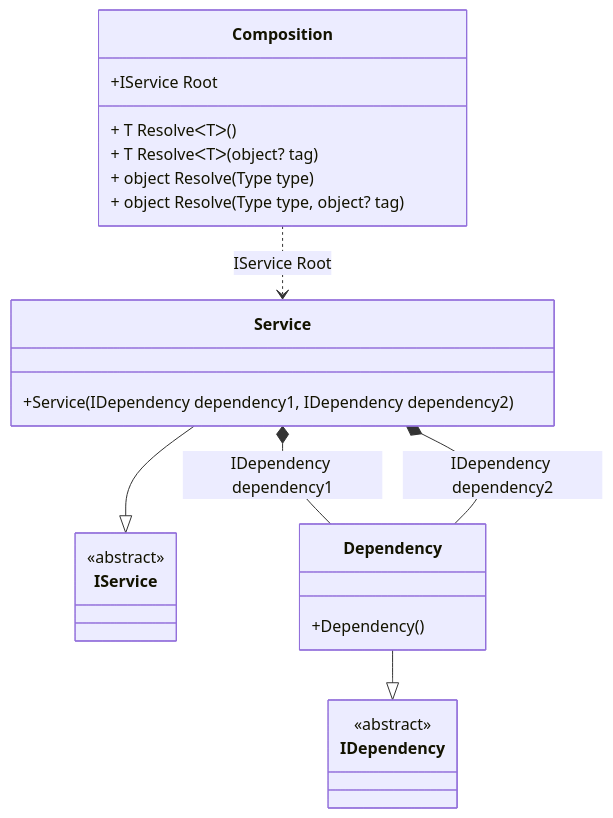
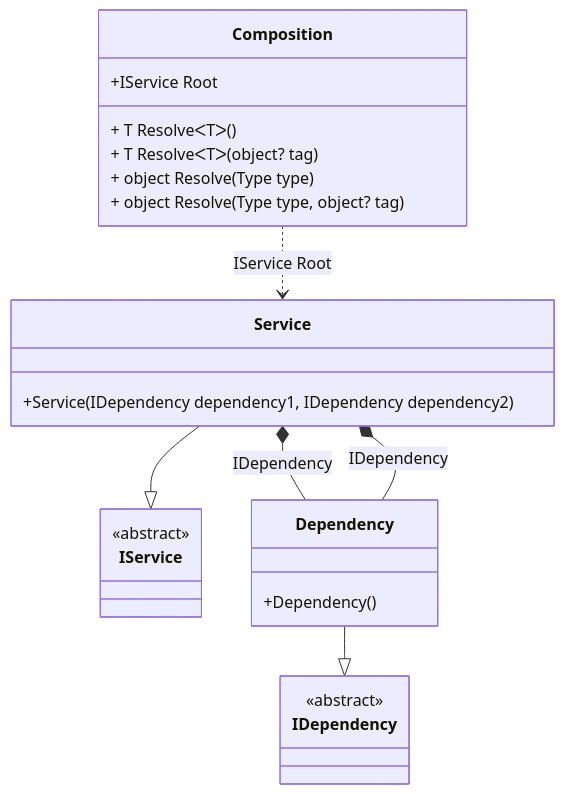
The diagram in readme/transient.md (DevTeam/Pure.DI), drawn with Mermaid before and after one commit. The commit also changed other lines of this file and 84 other files, not shown here.

````diff
--- a/readme/transient.md
+++ b/readme/transient.md
@@ -48,27 +48,27 @@
 ```mermaid
 classDiagram
   class Composition {
     +IService Root
     + T ResolveᐸTᐳ()
     + T ResolveᐸTᐳ(object? tag)
     + object Resolve(Type type)
     + object Resolve(Type type, object? tag)
   }
   Service --|> IService : 
   class Service {
     +Service(IDependency dependency1, IDependency dependency2)
   }
   Dependency --|> IDependency : 
   class Dependency {
     +Dependency()
   }
   class IService {
     <<abstract>>
   }
   class IDependency {
     <<abstract>>
   }
-  Service *--  Dependency : IDependency dependency1
-  Service *--  Dependency : IDependency dependency2
+  Service *--  Dependency : IDependency
+  Service *--  Dependency : IDependency
   Composition ..> Service : IService Root
 ```
````
